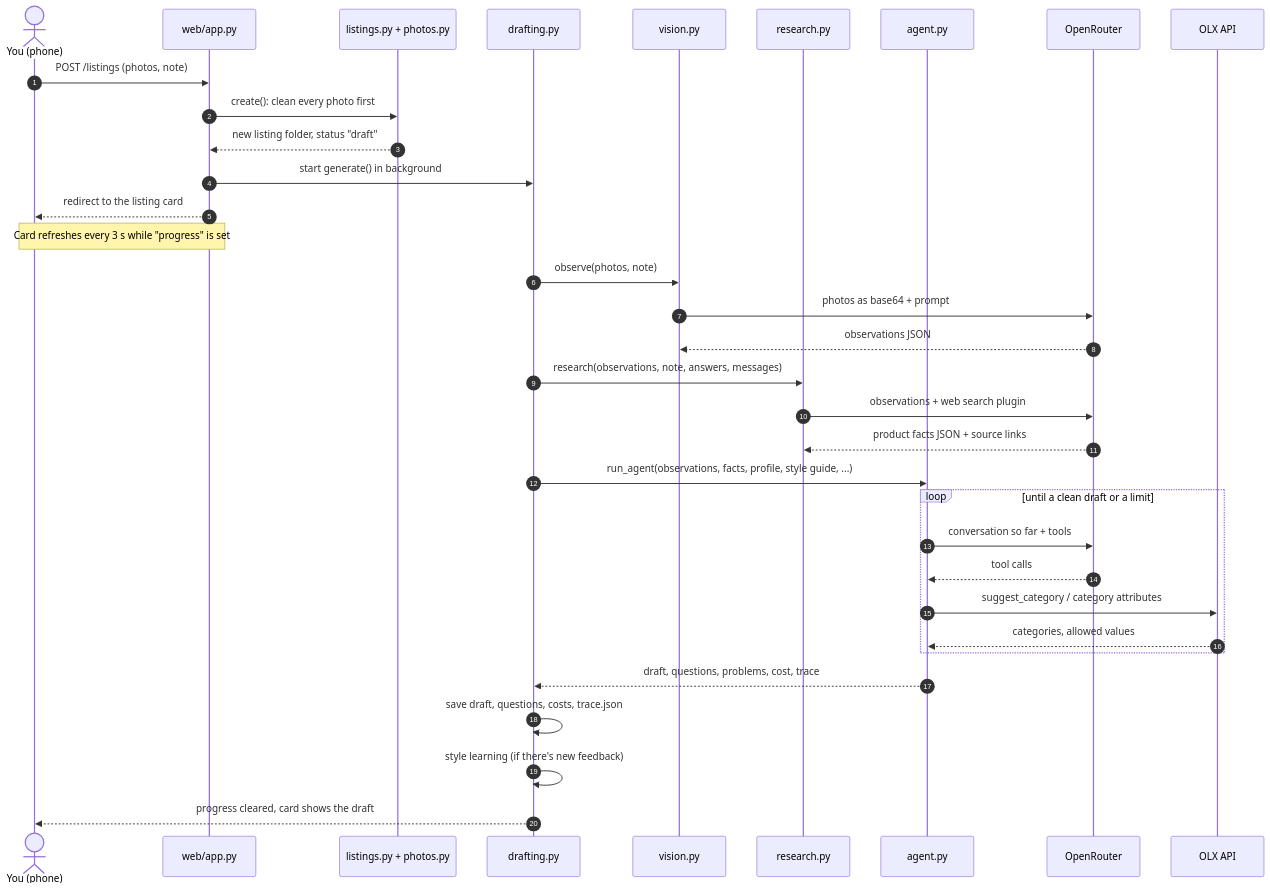
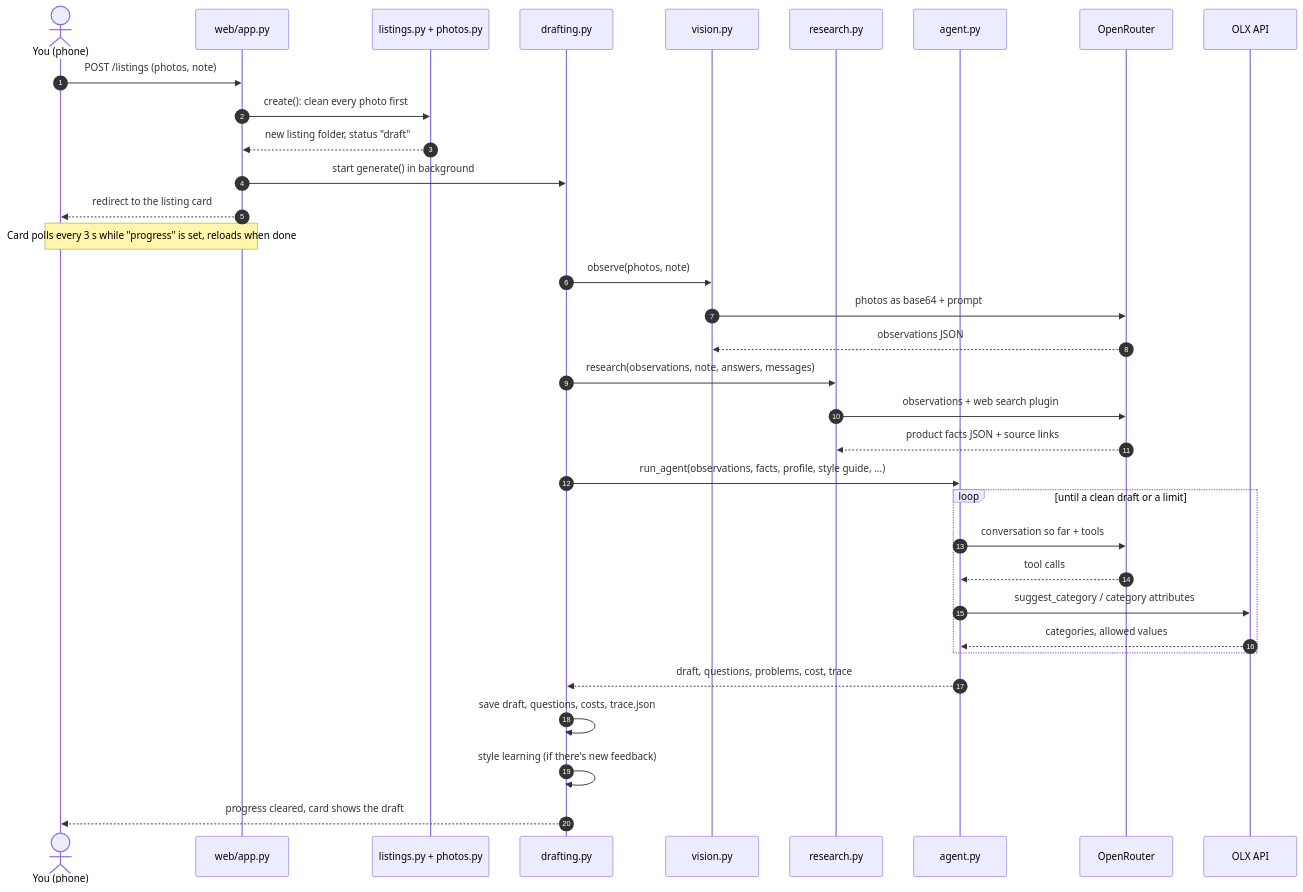
Before and after one commit to hsavovski/olx-auto: the third of 6 diagrams in docs/GUIDE.md, drawn with Mermaid. The commit also changed other lines of this file and 5 other files, not shown here.

First line of the commit message:
Poll drafting progress instead of reloading the card

````diff
--- a/docs/GUIDE.md
+++ b/docs/GUIDE.md
@@ -132,37 +132,37 @@
 ```mermaid
 sequenceDiagram
   autonumber
   actor You as You (phone)
   participant Web as web/app.py
   participant L as listings.py + photos.py
   participant D as drafting.py
   participant V as vision.py
   participant R as research.py
   participant A as agent.py
   participant AI as OpenRouter
   participant OLX as OLX API
 
   You->>Web: POST /listings (photos, note)
   Web->>L: create(): clean every photo first
   L-->>Web: new listing folder, status "draft"
   Web->>D: start generate() in background
   Web-->>You: redirect to the listing card
-  Note over You,Web: Card refreshes every 3 s while "progress" is set
+  Note over You,Web: Card polls every 3 s while "progress" is set, reloads when done
   D->>V: observe(photos, note)
   V->>AI: photos as base64 + prompt
   AI-->>V: observations JSON
   D->>R: research(observations, note, answers, messages)
   R->>AI: observations + web search plugin
   AI-->>R: product facts JSON + source links
   D->>A: run_agent(observations, facts, profile, style guide, ...)
   loop until a clean draft or a limit
     A->>AI: conversation so far + tools
     AI-->>A: tool calls
     A->>OLX: suggest_category / category attributes
     OLX-->>A: categories, allowed values
   end
   A-->>D: draft, questions, problems, cost, trace
   D->>D: save draft, questions, costs, trace.json
   D->>D: style learning (if there's new feedback)
   D-->>You: progress cleared, card shows the draft
 ```
````
